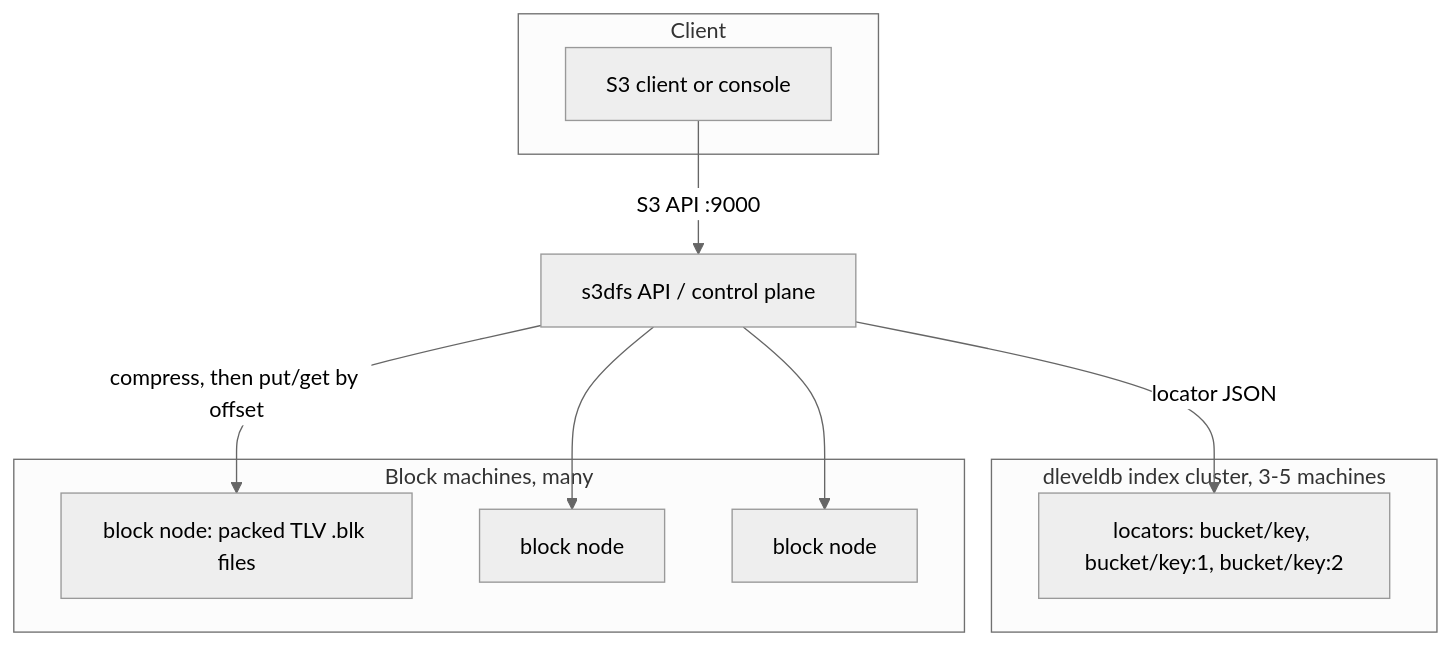
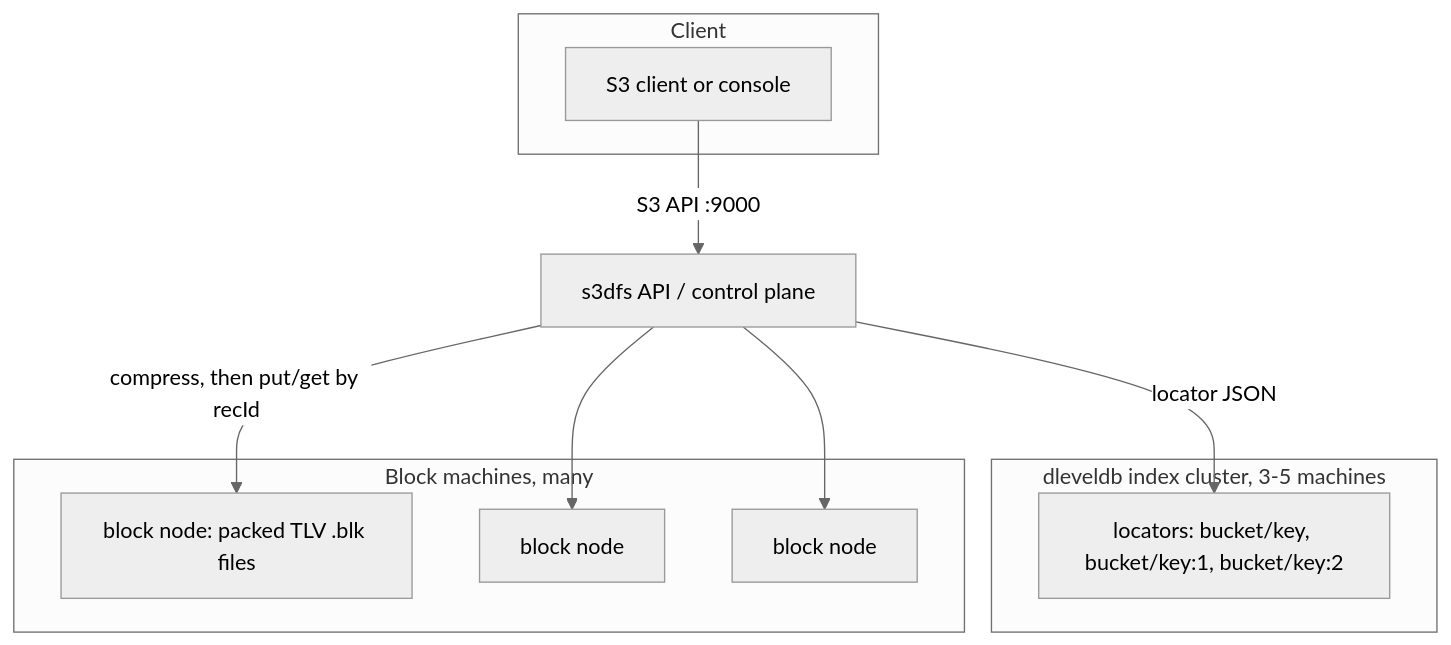
One commit to zhangxinlong633/s3dfs changed the diagram in README.md. Above: the diagram before and after it, drawn with Mermaid (neutral theme). The commit also changed other lines of this file and 20 other files, not shown here.

````diff
--- a/README.md
+++ b/README.md
@@ -43,22 +43,22 @@
 ```mermaid
 flowchart TB
   subgraph Client["Client"]
     App["S3 client or console"]
   end
 
   subgraph Index["dleveldb index cluster, 3-5 machines"]
     KV["locators: bucket/key, bucket/key:1, bucket/key:2"]
   end
 
   subgraph Blocks["Block machines, many"]
     B1["block node: packed TLV .blk files"]
     B2["block node"]
     B3["block node"]
   end
 
   App -->|S3 API :9000| API["s3dfs API / control plane"]
-  API -->|compress, then put/get by offset| B1
+  API -->|compress, then put/get by recId| B1
   API --> B2
   API --> B3
   API -->|locator JSON| KV
 ```
````
